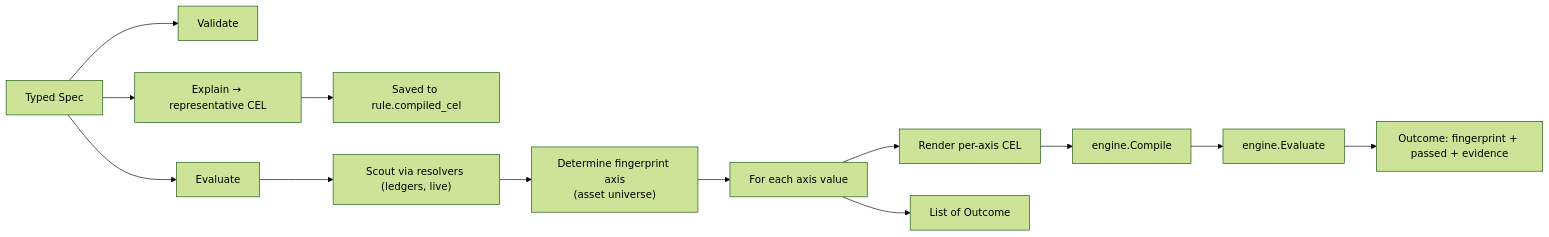
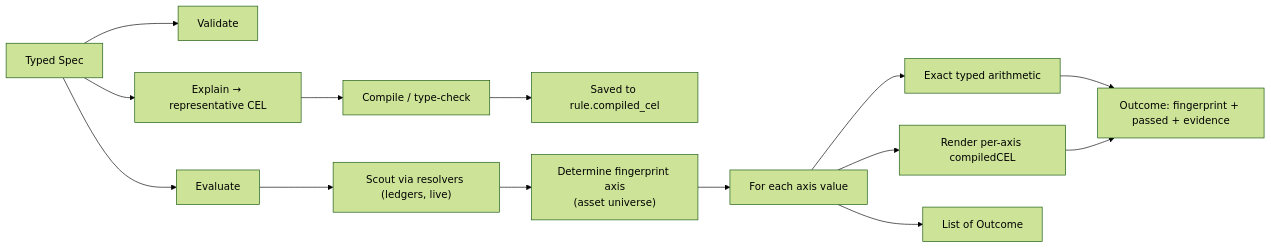
Before and after one commit to formancehq/reconciliation: the diagram in docs/technical/templates.md, drawn with Mermaid (forest theme). The commit also changed other lines of this file and 77 other files, not shown here.

Commit message:
feat(reconciliation): add multi-source rules and audit timelines

````diff
--- a/docs/technical/templates.md
+++ b/docs/technical/templates.md
@@ -11,15 +15,16 @@
 ```mermaid
 flowchart LR
     Spec[Typed Spec] --> Validate
     Spec --> Explain[Explain → representative CEL]
-    Explain --> Persist[Saved to rule.compiled_cel]
+    Explain --> Compile[Compile / type-check]
+    Compile --> Persist[Saved to rule.compiled_cel]
     Spec --> Evaluate
     Evaluate --> Scout["Scout via resolvers (ledgers, live)"]
     Scout --> Universe["Determine fingerprint axis<br/>(asset universe)"]
     Universe --> Loop[For each axis value]
-    Loop --> RenderCEL[Render per-axis CEL]
-    RenderCEL --> Compile[engine.Compile]
-    Compile --> Run[engine.Evaluate]
-    Run --> Outcome[Outcome: fingerprint + passed + evidence]
+    Loop --> Math[Exact typed arithmetic]
+    Loop --> RenderCEL[Render per-axis compiledCEL]
+    Math --> Outcome[Outcome: fingerprint + passed + evidence]
+    RenderCEL --> Outcome
     Loop --> Outcomes[List of Outcome]
 ```
````
